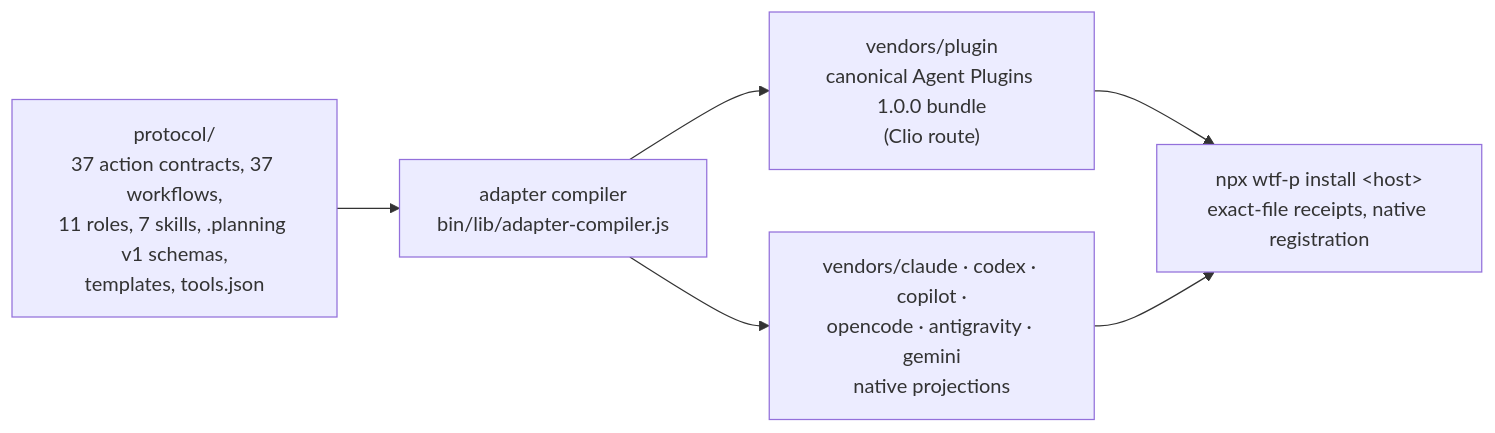
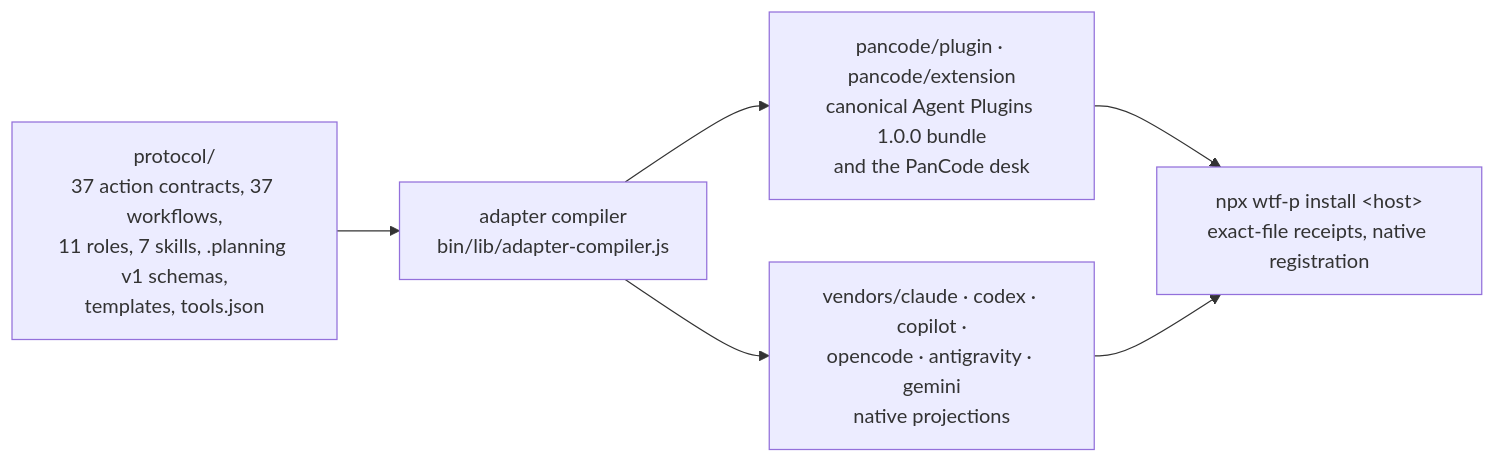
The diagram in README.md (akougkas/wtf-p), drawn with Mermaid before and after one commit. The commit also changed other lines of this file and 6 other files, not shown here.

First line of the commit message:
docs: name PanCode as the native host

````diff
--- a/README.md
+++ b/README.md
@@ -182,8 +183,8 @@
 ```mermaid
 flowchart LR
   P["protocol/<br/>37 action contracts, 37 workflows,<br/>11 roles, 7 skills, .planning v1 schemas,<br/>templates, tools.json"] --> C["adapter compiler<br/>bin/lib/adapter-compiler.js"]
-  C --> B["vendors/plugin<br/>canonical Agent Plugins 1.0.0 bundle<br/>(Clio route)"]
+  C --> B["pancode/plugin · pancode/extension<br/>canonical Agent Plugins 1.0.0 bundle<br/>and the PanCode desk"]
   C --> H["vendors/claude · codex · copilot ·<br/>opencode · antigravity · gemini<br/>native projections"]
   B --> I["npx wtf-p install &lt;host&gt;<br/>exact-file receipts, native registration"]
   H --> I
 ```
````
